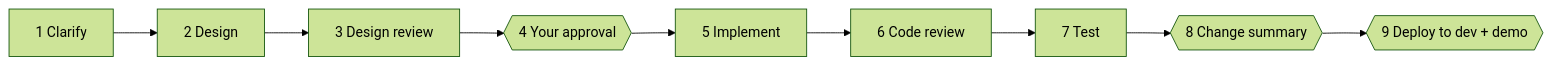
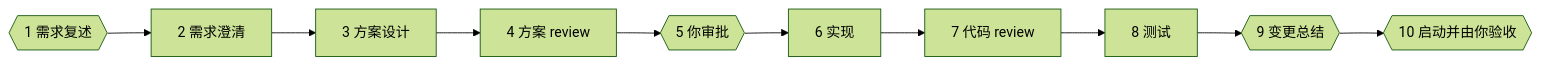
Before and after one commit to yaodongen/dev-crew: the diagram in README.md, drawn with Mermaid (forest theme). The commit also changed other lines of this file and 7 other files, not shown here.

First line of the commit message:
v1.0.0: fewer interruptions, faster steps 1-5, architecture diagram

````diff
--- a/README.md
+++ b/README.md
@@ -73,7 +78,7 @@
 ```mermaid
 flowchart LR
-    S1[1 Clarify] --> S2[2 Design] --> S3[3 Design review]
-    S3 --> S4{{4 Your approval}}
-    S4 --> S5[5 Implement] --> S6[6 Code review] --> S7[7 Test]
-    S7 --> S8{{8 Change summary}} --> S9{{9 Deploy to dev + demo}}
+    S1{{1 需求复述}} --> S2[2 需求澄清] --> S3[3 方案设计] --> S4[4 方案 review]
+    S4 --> S5{{5 你审批}}
+    S5 --> S6[6 实现] --> S7[7 代码 review] --> S8[8 测试]
+    S8 --> S9{{9 变更总结}} --> S10{{10 启动并由你验收}}
 ```
````
